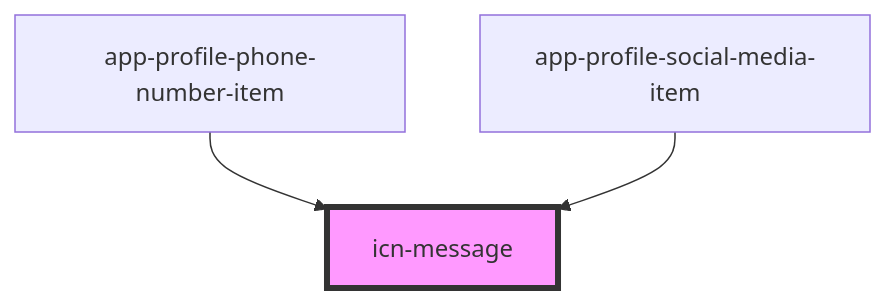
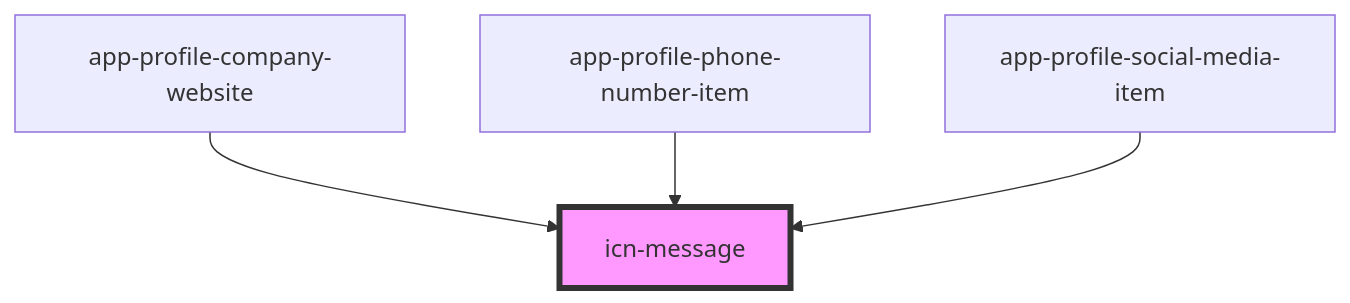
The diagram in iconeventnetwork-web/src/components/icn-message/readme.md (lokheed/IconEventNetwork.Web), drawn with Mermaid before and after one commit. The commit also changed other lines of this file and 13 other files, not shown here.

Commit message:
US 542 T703 company profile website

````diff
--- a/iconeventnetwork-web/src/components/icn-message/readme.md
+++ b/iconeventnetwork-web/src/components/icn-message/readme.md
@@ -58,6 +59,7 @@
 ```mermaid
 graph TD;
+  app-profile-company-website --> icn-message
   app-profile-phone-number-item --> icn-message
   app-profile-social-media-item --> icn-message
   style icn-message fill:#f9f,stroke:#333,stroke-width:4px
 ```
````
